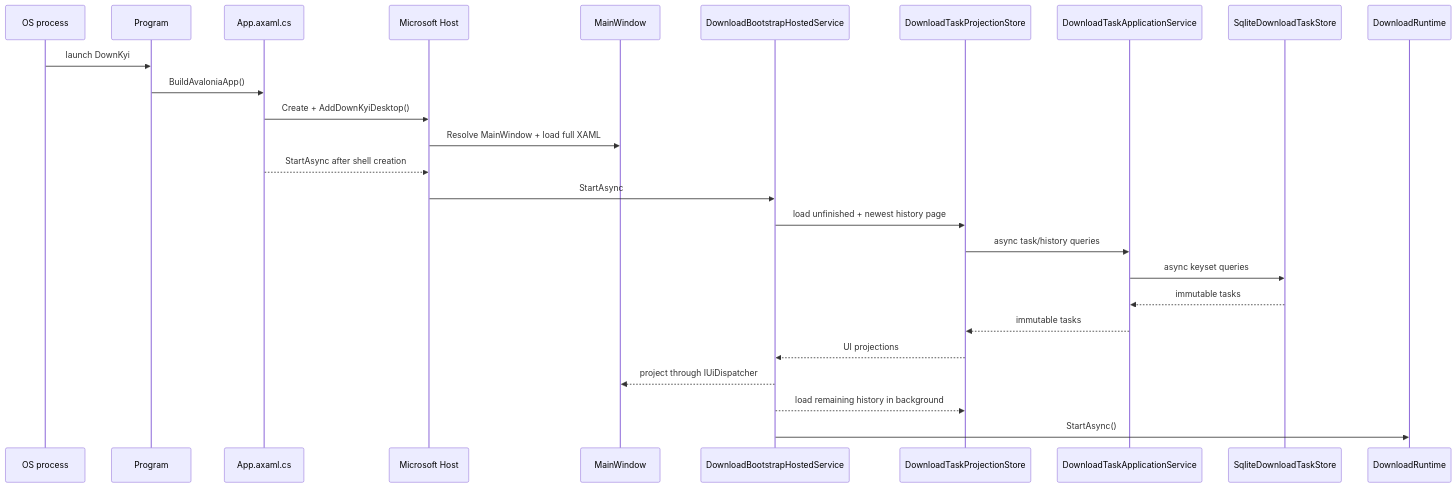
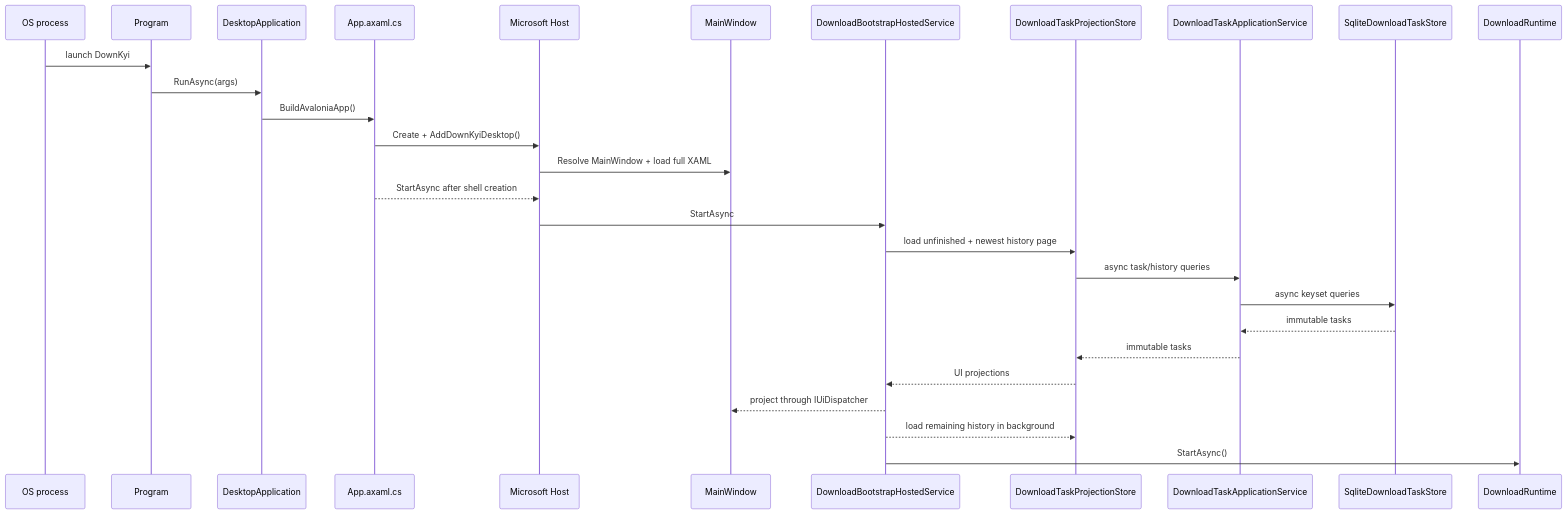
The second of 4 diagrams in docs/ai-knowledge-graph.md (403a/downkyicore), drawn with Mermaid before and after one commit. The commit also changed other lines of this file and 17 other files, not shown here.

````diff
--- a/docs/ai-knowledge-graph.md
+++ b/docs/ai-knowledge-graph.md
@@ -2253,29 +2280,31 @@
 ```mermaid
 sequenceDiagram
     participant OS as OS process
     participant Program as Program
+    participant Desktop as DesktopApplication
     participant App as App.axaml.cs
     participant Host as Microsoft Host
     participant Shell as MainWindow
     participant Bootstrap as DownloadBootstrapHostedService
     participant Projection as DownloadTaskProjectionStore
     participant Tasks as DownloadTaskApplicationService
     participant Store as SqliteDownloadTaskStore
     participant Runtime as DownloadRuntime
 
     OS->>Program: launch DownKyi
-    Program->>App: BuildAvaloniaApp()
+    Program->>Desktop: RunAsync(args)
+    Desktop->>App: BuildAvaloniaApp()
     App->>Host: Create + AddDownKyiDesktop()
     Host->>Shell: Resolve MainWindow + load full XAML
     App-->>Host: StartAsync after shell creation
     Host->>Bootstrap: StartAsync
     Bootstrap->>Projection: load unfinished + newest history page
     Projection->>Tasks: async task/history queries
     Tasks->>Store: async keyset queries
     Store-->>Tasks: immutable tasks
     Tasks-->>Projection: immutable tasks
     Projection-->>Bootstrap: UI projections
     Bootstrap-->>Shell: project through IUiDispatcher
     Bootstrap-->>Projection: load remaining history in background
     Bootstrap->>Runtime: StartAsync()
 ```
````
